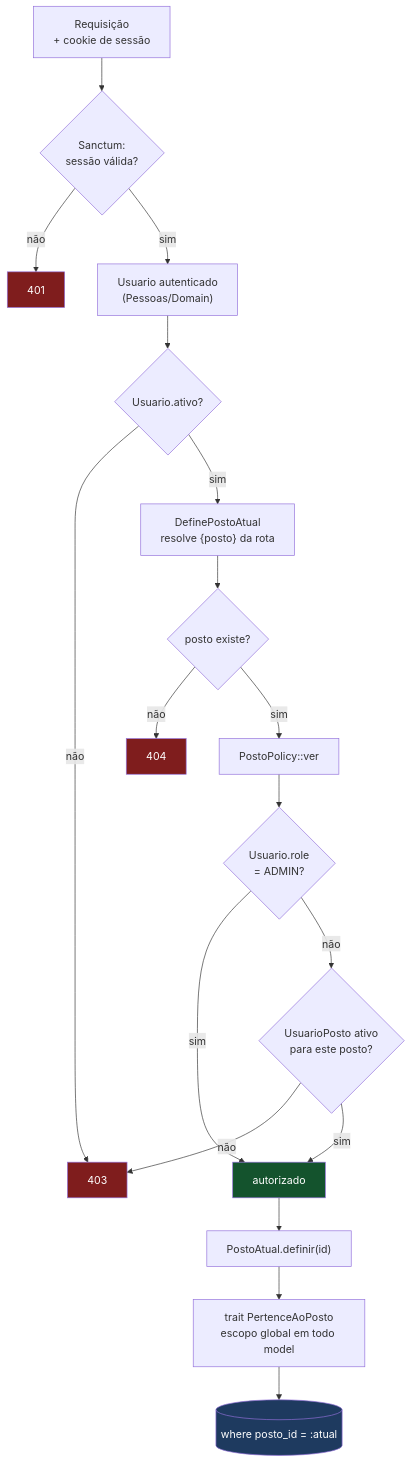
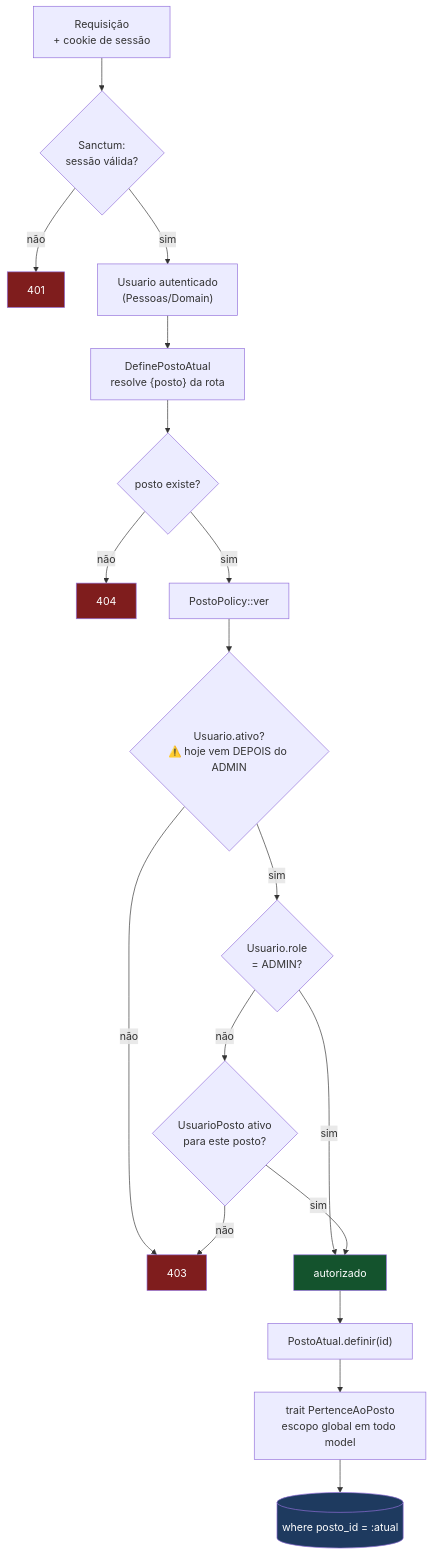
Before and after one commit to Crud-Make/Posto-Providencia: the third of 4 diagrams in docs/design/autenticacao.md, drawn with Mermaid. The commit also changed other lines of this file, not shown here.

First line of the commit message:
docs(102): diagrama confere Usuario.ativo dentro da policy e registra ADMIN inativo como tarefa

````diff
--- a/docs/design/autenticacao.md
+++ b/docs/design/autenticacao.md
@@ -147,30 +147,30 @@
 ```mermaid
 flowchart TD
     REQ["Requisição<br/>+ cookie de sessão"] --> AUTH{Sanctum:<br/>sessão válida?}
     AUTH -->|não| E401["401"]
     AUTH -->|sim| U["Usuario autenticado<br/>(Pessoas/Domain)"]
 
-    U --> ATIVO{"Usuario.ativo?"}
-    ATIVO -->|não| E403["403"]
-    ATIVO -->|sim| MW["DefinePostoAtual<br/>resolve {posto} da rota"]
+    U --> MW["DefinePostoAtual<br/>resolve {posto} da rota"]
 
     MW --> EXISTE{posto existe?}
     EXISTE -->|não| E404["404"]
     EXISTE -->|sim| POL["PostoPolicy::ver"]
 
-    POL --> ADMIN{"Usuario.role<br/>= ADMIN?"}
+    POL --> ATIVO{"Usuario.ativo?<br/>⚠️ hoje vem DEPOIS do ADMIN"}
+    ATIVO -->|não| E403["403"]
+    ATIVO -->|sim| ADMIN{"Usuario.role<br/>= ADMIN?"}
     ADMIN -->|sim| OK["autorizado"]
     ADMIN -->|não| VINC{"UsuarioPosto ativo<br/>para este posto?"}
     VINC -->|não| E403
     VINC -->|sim| OK
 
     OK --> PA["PostoAtual.definir(id)"]
     PA --> SCOPE["trait PertenceAoPosto<br/>escopo global em todo model"]
     SCOPE --> SQL[("where posto_id = :atual")]
 
     style E401 fill:#7f1d1d,color:#fff
     style E403 fill:#7f1d1d,color:#fff
     style E404 fill:#7f1d1d,color:#fff
     style OK fill:#14532d,color:#fff
     style SQL fill:#1e3a5f,color:#fff
 ```
````
